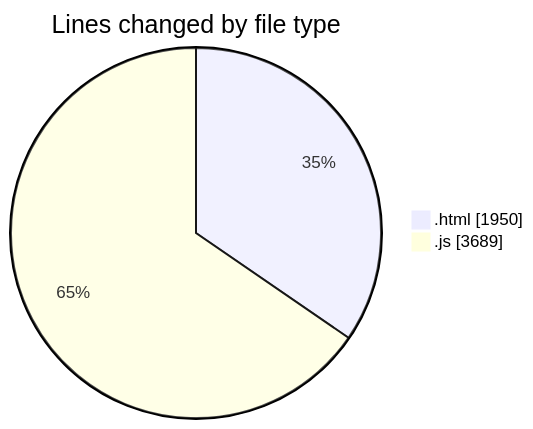
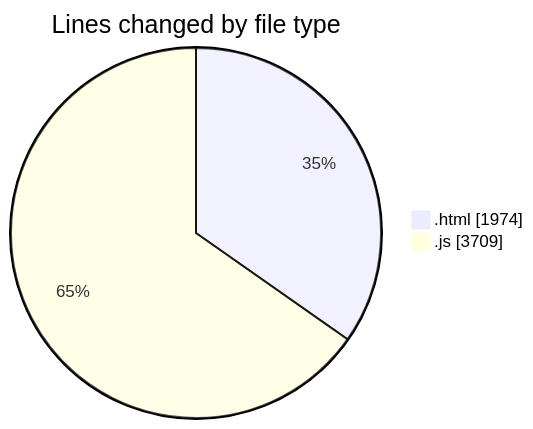
Before and after one commit to becaeroporto-bot/code-tracking: the first of 2 diagrams in 2026-02-19/bot_v1_2/README.md, drawn with Mermaid. The commit also changed other lines of this file and 1 other file, not shown here.

````diff
--- a/2026-02-19/bot_v1_2/README.md
+++ b/2026-02-19/bot_v1_2/README.md
@@ -28,6 +28,6 @@
 ```mermaid
 pie showData
 title Lines changed by file type
-".html" : 1950
-".js" : 3689
+".html" : 1974
+".js" : 3709
 ```
````
